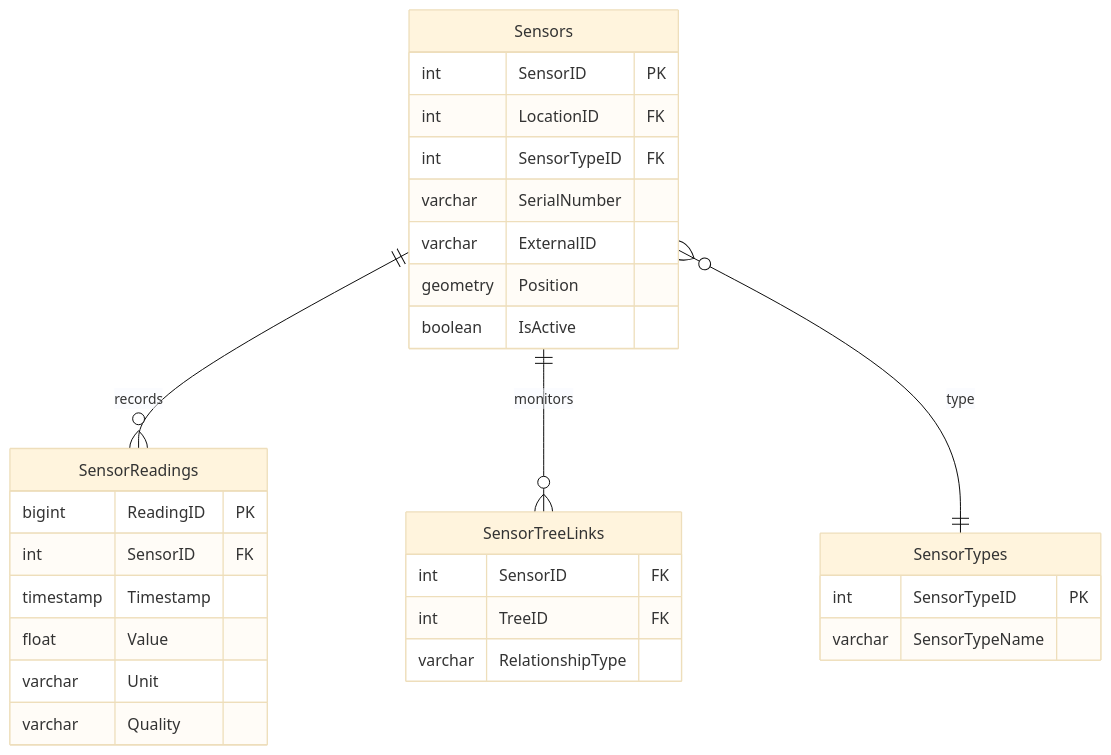
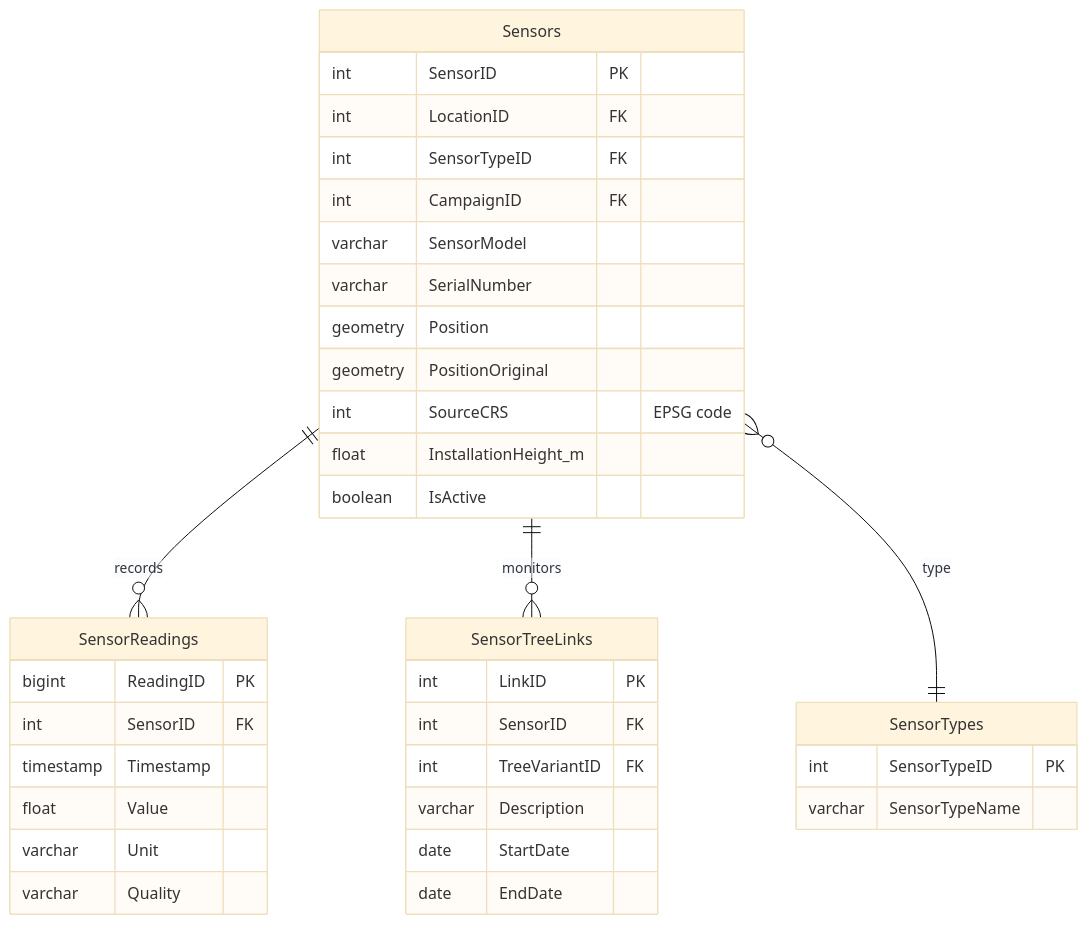
The third of 7 diagrams in docs/database-overview.md (XRFutureForests/digital-twin-db), drawn with Mermaid (base theme) before and after one commit. The commit also changed other lines of this file and 25 other files, not shown here.

Commit message:
feat: Add Campaigns table for data collection events and enhance Trees schema with new measurement fields

````diff
--- a/docs/database-overview.md
+++ b/docs/database-overview.md
@@ -166,36 +286,43 @@
 ```mermaid
 erDiagram
     Sensors {
         int SensorID PK
         int LocationID FK
         int SensorTypeID FK
+        int CampaignID FK
+        varchar SensorModel
         varchar SerialNumber
-        varchar ExternalID
         geometry Position
+        geometry PositionOriginal
+        int SourceCRS "EPSG code"
+        float InstallationHeight_m
         boolean IsActive
     }
 
     SensorReadings {
         bigint ReadingID PK
         int SensorID FK
         timestamp Timestamp
         float Value
         varchar Unit
         varchar Quality
     }
 
     SensorTreeLinks {
+        int LinkID PK
         int SensorID FK
-        int TreeID FK
-        varchar RelationshipType
+        int TreeVariantID FK
+        varchar Description
+        date StartDate
+        date EndDate
     }
 
     SensorTypes {
         int SensorTypeID PK
         varchar SensorTypeName
     }
 
     Sensors ||--o{ SensorReadings : "records"
     Sensors ||--o{ SensorTreeLinks : "monitors"
     Sensors }o--|| SensorTypes : "type"
 ```
````
